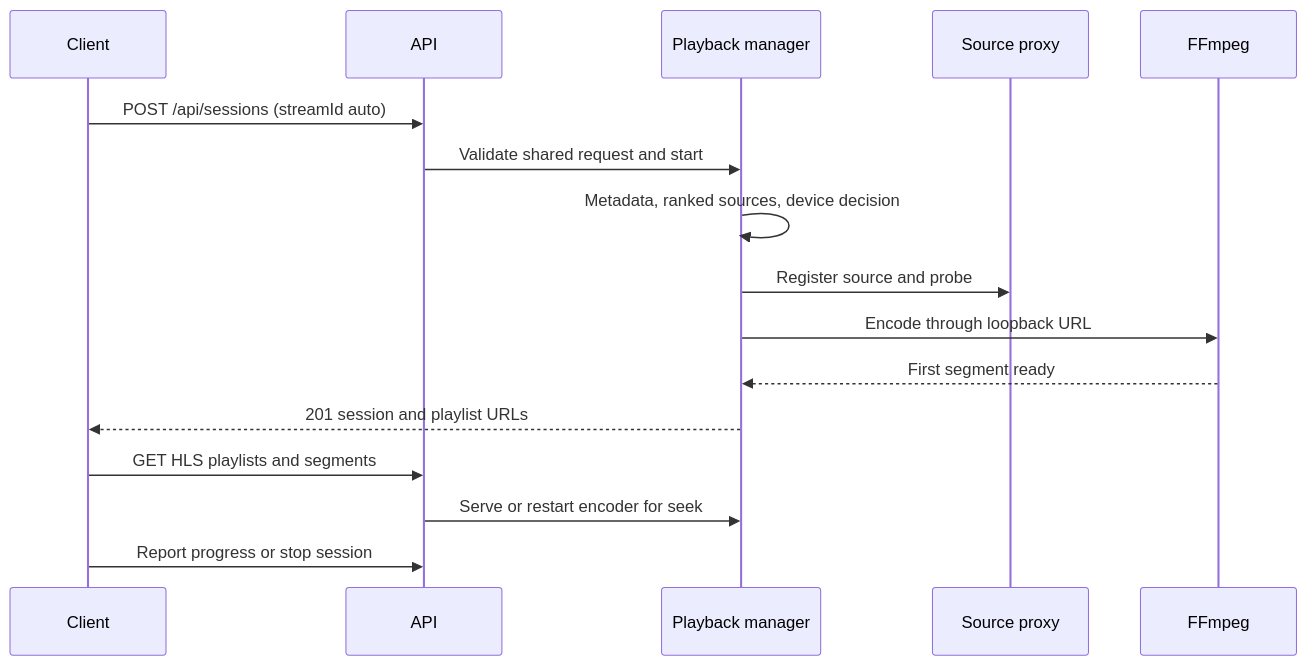
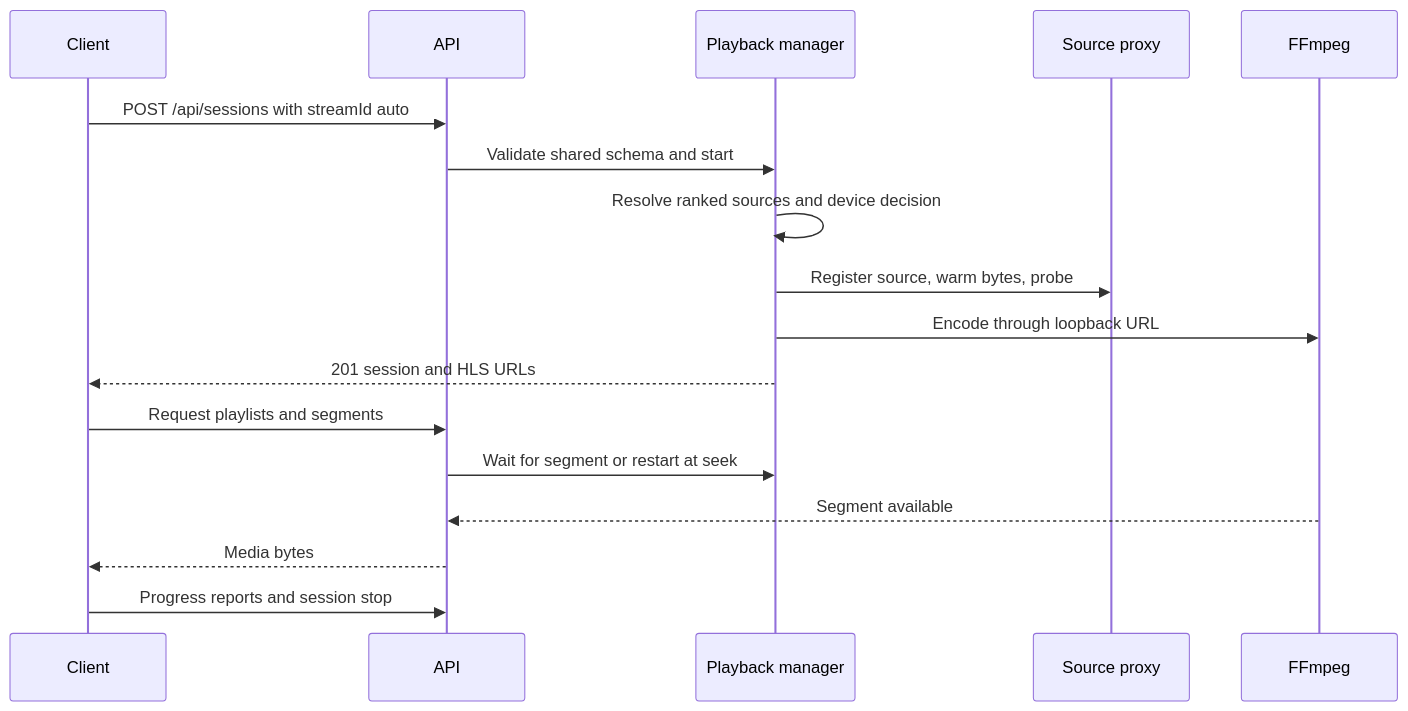
The second of 2 diagrams in droid-wiki/overview/architecture.md (VeroxAUS/homestream), drawn with Mermaid before and after one commit. The commit also changed other lines of this file and 54 other files, not shown here.

````diff
--- a/droid-wiki/overview/architecture.md
+++ b/droid-wiki/overview/architecture.md
@@ -32,18 +32,19 @@
 ```mermaid
 sequenceDiagram
     participant C as Client
     participant A as API
     participant M as Playback manager
     participant P as Source proxy
     participant F as FFmpeg
-    C->>A: POST /api/sessions (streamId auto)
-    A->>M: Validate shared request and start
-    M->>M: Metadata, ranked sources, device decision
-    M->>P: Register source and probe
+    C->>A: POST /api/sessions with streamId auto
+    A->>M: Validate shared schema and start
+    M->>M: Resolve ranked sources and device decision
+    M->>P: Register source, warm bytes, probe
     M->>F: Encode through loopback URL
-    F-->>M: First segment ready
-    M-->>C: 201 session and playlist URLs
-    C->>A: GET HLS playlists and segments
-    A->>M: Serve or restart encoder for seek
-    C->>A: Report progress or stop session
+    M-->>C: 201 session and HLS URLs
+    C->>A: Request playlists and segments
+    A->>M: Wait for segment or restart at seek
+    F-->>A: Segment available
+    A-->>C: Media bytes
+    C->>A: Progress reports and session stop
 ```
````
